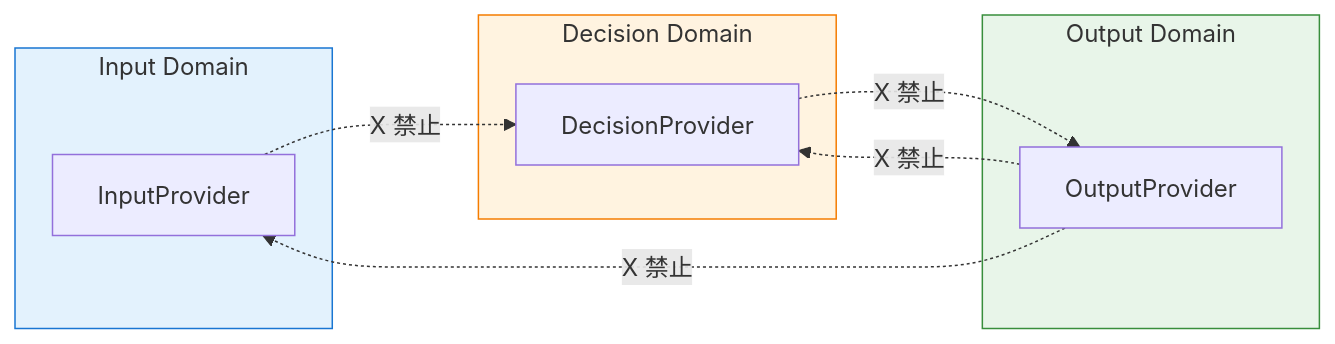
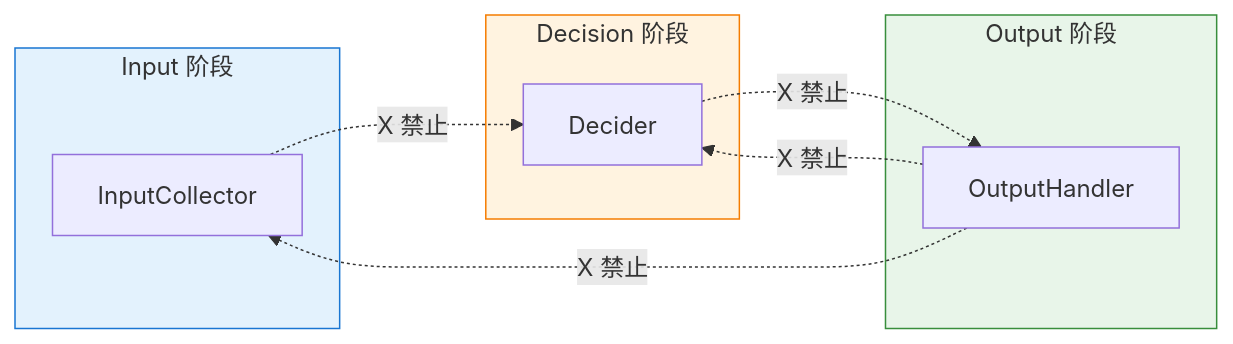
The fifth of 5 diagrams in docs/architecture/data-flow.md (Mai-with-u/Amaidesu), drawn with Mermaid before and after one commit. The commit also changed other lines of this file and 169 other files, not shown here.

First line of the commit message:
重构: 移除 Provider 抽象层，改名为 Collector/Decider/Handler

````diff
--- a/docs/architecture/data-flow.md
+++ b/docs/architecture/data-flow.md
@@ -555,23 +555,23 @@
 ```mermaid
 flowchart LR
-    subgraph InputDomain["Input Domain"]
-        IP[InputProvider]
+    subgraph InputStage["Input 阶段"]
+        IP[InputCollector]
     end
 
-    subgraph DecisionDomain["Decision Domain"]
-        DP[DecisionProvider]
+    subgraph DecisionStage["Decision 阶段"]
+        DP[Decider]
     end
 
-    subgraph OutputDomain["Output Domain"]
-        OP[OutputProvider]
+    subgraph OutputStage["Output 阶段"]
+        OP[OutputHandler]
     end
 
     IP -.->|X 禁止| DP
     DP -.->|X 禁止| OP
     OP -.->|X 禁止| IP
     OP -.->|X 禁止| DP
 
-    style InputDomain fill:#e3f2fd,stroke:#1976d2
-    style DecisionDomain fill:#fff3e0,stroke:#f57c00
-    style OutputDomain fill:#e8f5e9,stroke:#388e3c
+    style InputStage fill:#e3f2fd,stroke:#1976d2
+    style DecisionStage fill:#fff3e0,stroke:#f57c00
+    style OutputStage fill:#e8f5e9,stroke:#388e3c
 ```
````
